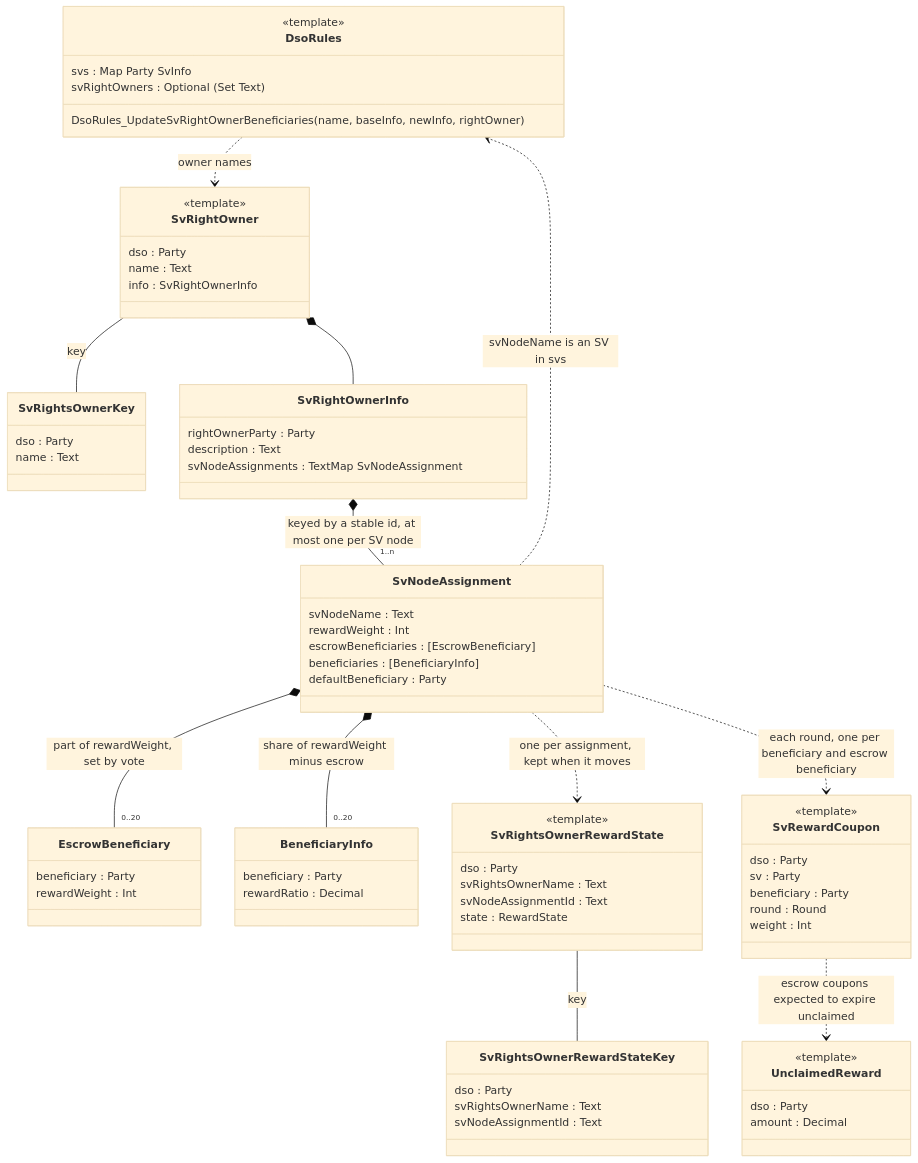
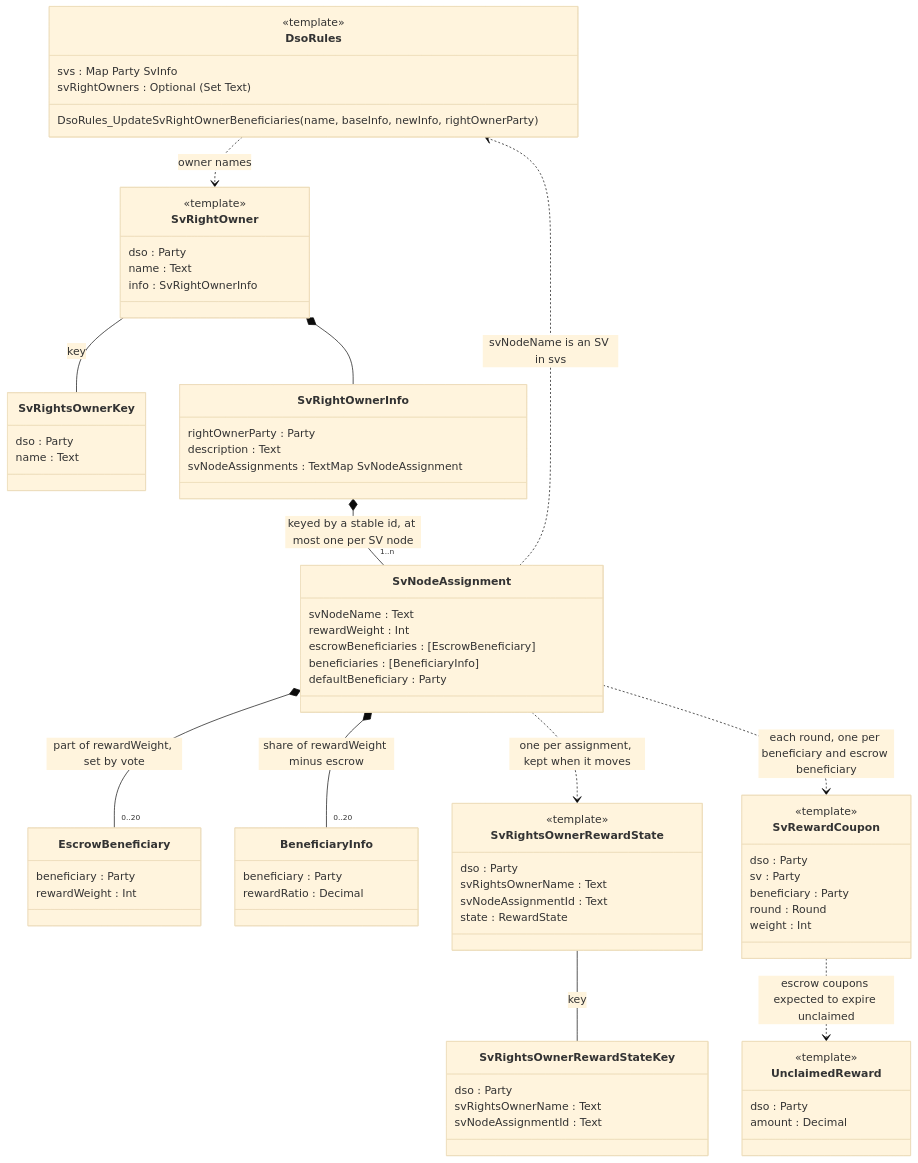
The diagram in SV_RIGHTS_OWNERS_POC.md (canton-network/splice-on-ledger-sv-weights), drawn with Mermaid (base theme) before and after one commit. The commit also changed 1 other file, not shown here.

Commit message:
fix(sv-weights): finish the review renames so DsoRules compiles

````diff
--- a/SV_RIGHTS_OWNERS_POC.md
+++ b/SV_RIGHTS_OWNERS_POC.md
@@ -3,76 +3,76 @@
 ```mermaid
 classDiagram
     direction TB
     class DsoRules {
         <<template>>
         svs : Map Party SvInfo
         svRightOwners : Optional #40;Set Text#41;
-        DsoRules_UpdateSvRightOwnerBeneficiaries(name, baseInfo, newInfo, rightOwner)
+        DsoRules_UpdateSvRightOwnerBeneficiaries(name, baseInfo, newInfo, rightOwnerParty)
     }
     class SvRightOwner {
         <<template>>
         dso : Party
         name : Text
         info : SvRightOwnerInfo
     }
     class SvRightsOwnerKey {
         dso : Party
         name : Text
     }
     class SvRightOwnerInfo {
         rightOwnerParty : Party
         description : Text
         svNodeAssignments : TextMap SvNodeAssignment
     }
     class SvNodeAssignment {
         svNodeName : Text
         rewardWeight : Int
         escrowBeneficiaries : [EscrowBeneficiary]
         beneficiaries : [BeneficiaryInfo]
         defaultBeneficiary : Party
     }
     class EscrowBeneficiary {
         beneficiary : Party
         rewardWeight : Int
     }
     class BeneficiaryInfo {
         beneficiary : Party
         rewardRatio : Decimal
     }
     class SvRewardCoupon {
         <<template>>
         dso : Party
         sv : Party
         beneficiary : Party
         round : Round
         weight : Int
     }
     class UnclaimedReward {
         <<template>>
         dso : Party
         amount : Decimal
     }
     class SvRightsOwnerRewardState {
         <<template>>
         dso : Party
         svRightsOwnerName : Text
         svNodeAssignmentId : Text
         state : RewardState
     }
     class SvRightsOwnerRewardStateKey {
         dso : Party
         svRightsOwnerName : Text
         svNodeAssignmentId : Text
     }
     DsoRules ..> SvRightOwner : owner names
     SvRightOwner -- SvRightsOwnerKey : key
     SvRightOwner *-- SvRightOwnerInfo
     SvRightOwnerInfo *-- "1..n" SvNodeAssignment : keyed by a stable id, at most one per SV node
     SvNodeAssignment *-- "0..20" EscrowBeneficiary : part of rewardWeight, set by vote
     SvNodeAssignment *-- "0..20" BeneficiaryInfo : share of rewardWeight minus escrow
     SvNodeAssignment ..> DsoRules : svNodeName is an SV in svs
     SvNodeAssignment ..> SvRightsOwnerRewardState : one per assignment, kept when it moves
     SvRightsOwnerRewardState -- SvRightsOwnerRewardStateKey : key
     SvNodeAssignment ..> SvRewardCoupon : each round, one per beneficiary and escrow beneficiary
     SvRewardCoupon ..> UnclaimedReward : escrow coupons expected to expire unclaimed
 ```
````
